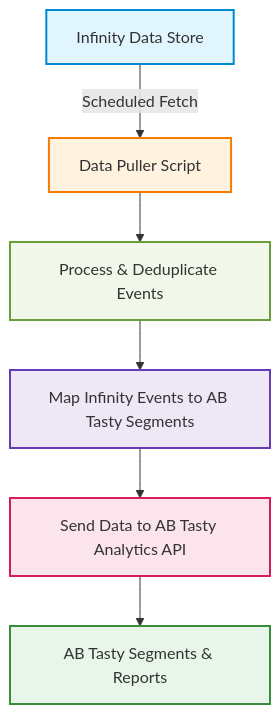
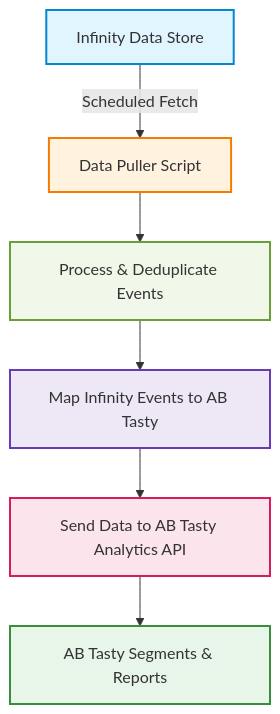
The diagram in README.md (valoudefou/abtasty-marketing-call-tracking), drawn with Mermaid before and after one commit.

````diff
--- a/README.md
+++ b/README.md
@@ -15,15 +15,15 @@
 ```mermaid
 flowchart TD
     A[Infinity Data Store] -->|Scheduled Fetch| B[Data Puller Script]
     B --> C[Process & Deduplicate Events]
-    C --> D[Map Infinity Events to AB Tasty Segments]
+    C --> D[Map Infinity Events to AB Tasty]
     D --> E[Send Data to AB Tasty Analytics API]
     E --> F[AB Tasty Segments & Reports]
 
     style A fill:#e1f5fe,stroke:#0288d1,stroke-width:2px
     style B fill:#fff3e0,stroke:#f57c00,stroke-width:2px
     style C fill:#f1f8e9,stroke:#689f38,stroke-width:2px
     style D fill:#ede7f6,stroke:#673ab7,stroke-width:2px
     style E fill:#fce4ec,stroke:#d81b60,stroke-width:2px
     style F fill:#e8f5e9,stroke:#388e3c,stroke-width:2px
 ```
````
